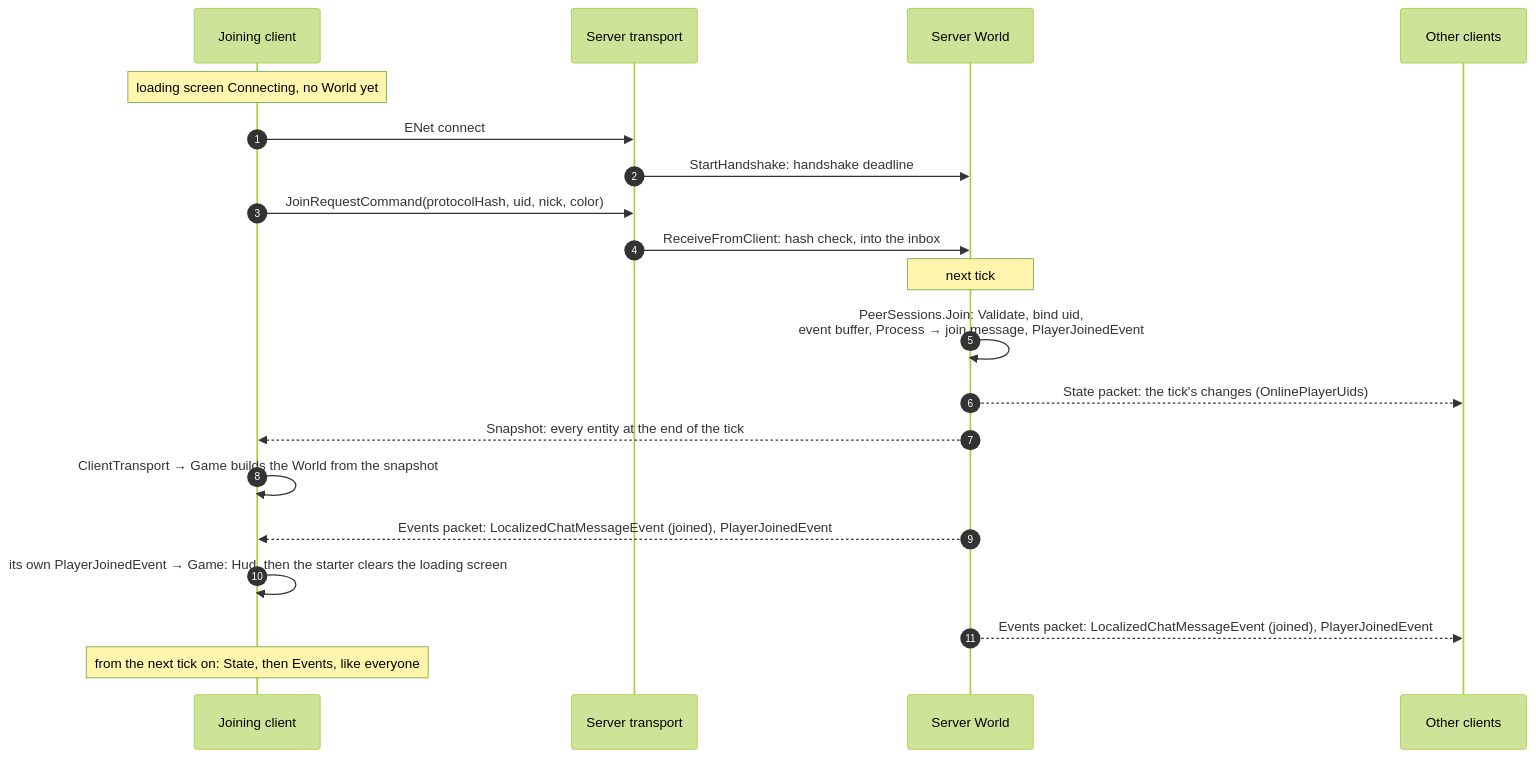
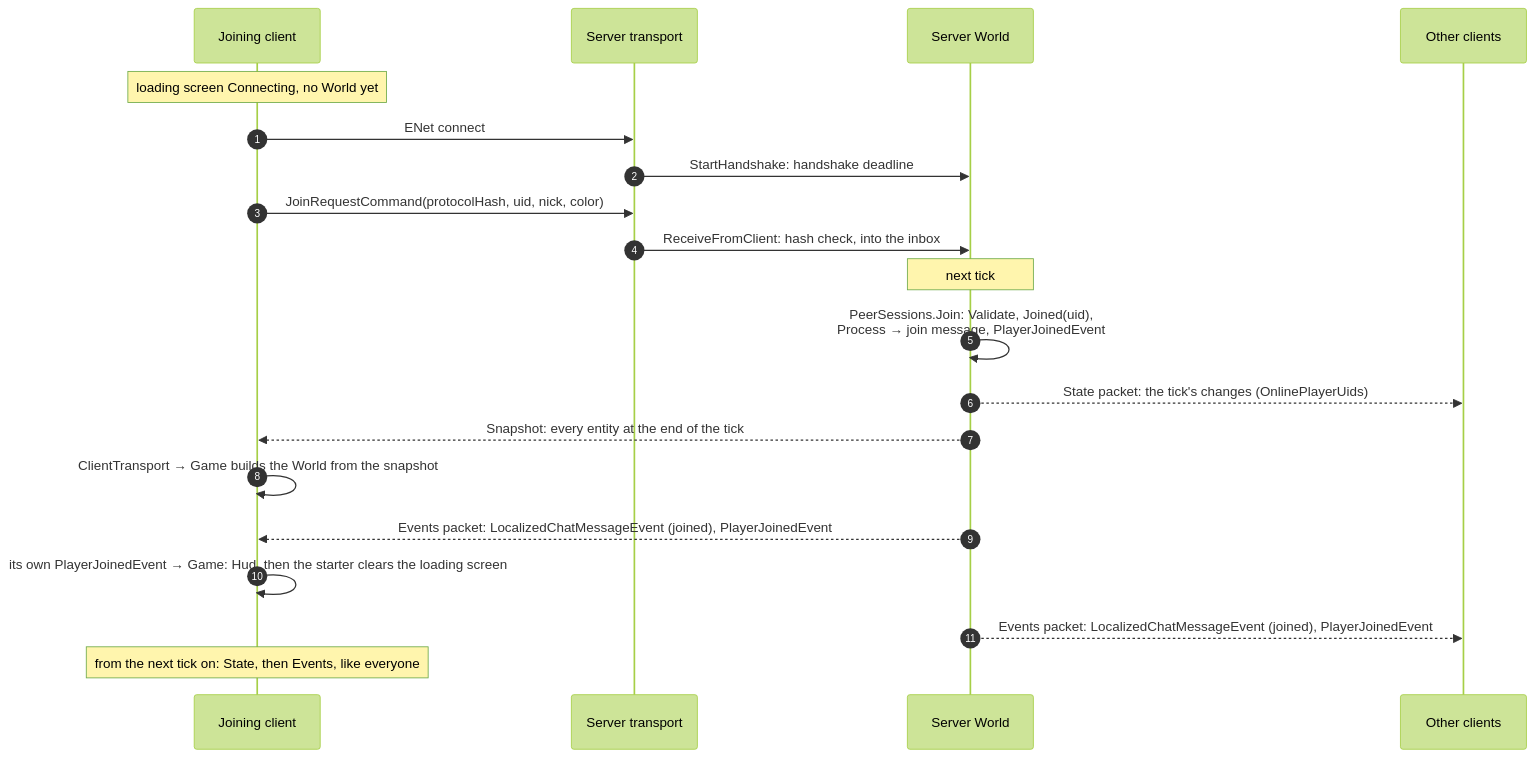
Before and after one commit to AbroGames/NeonWarfare: the diagram in Docs/Networking.md, drawn with Mermaid (forest theme). The commit also changed other lines of this file and 27 other files, not shown here.

````diff
--- a/Docs/Networking.md
+++ b/Docs/Networking.md
@@ -111,23 +115,23 @@
 ```mermaid
 sequenceDiagram
     autonumber
     participant C as Joining client
     participant G as Server transport
     participant W as Server World
     participant O as Other clients
 
     Note over C: loading screen Connecting, no World yet
     C->>G: ENet connect
     G->>W: StartHandshake: handshake deadline
     C->>G: JoinRequestCommand(protocolHash, uid, nick, color)
     G->>W: ReceiveFromClient: hash check, into the inbox
     Note over W: next tick
-    W->>W: PeerSessions.Join: Validate, bind uid,<br/>event buffer, Process → join message, PlayerJoinedEvent
+    W->>W: PeerSessions.Join: Validate, Joined(uid),<br/>Process → join message, PlayerJoinedEvent
     W-->>O: State packet: the tick's changes (OnlinePlayerUids)
     W-->>C: Snapshot: every entity at the end of the tick
     C->>C: ClientTransport → Game builds the World from the snapshot
     W-->>C: Events packet: LocalizedChatMessageEvent (joined), PlayerJoinedEvent
     C->>C: its own PlayerJoinedEvent → Game: Hud, then the starter clears the loading screen
     W-->>O: Events packet: LocalizedChatMessageEvent (joined), PlayerJoinedEvent
     Note over C: from the next tick on: State, then Events, like everyone
 ```
````
